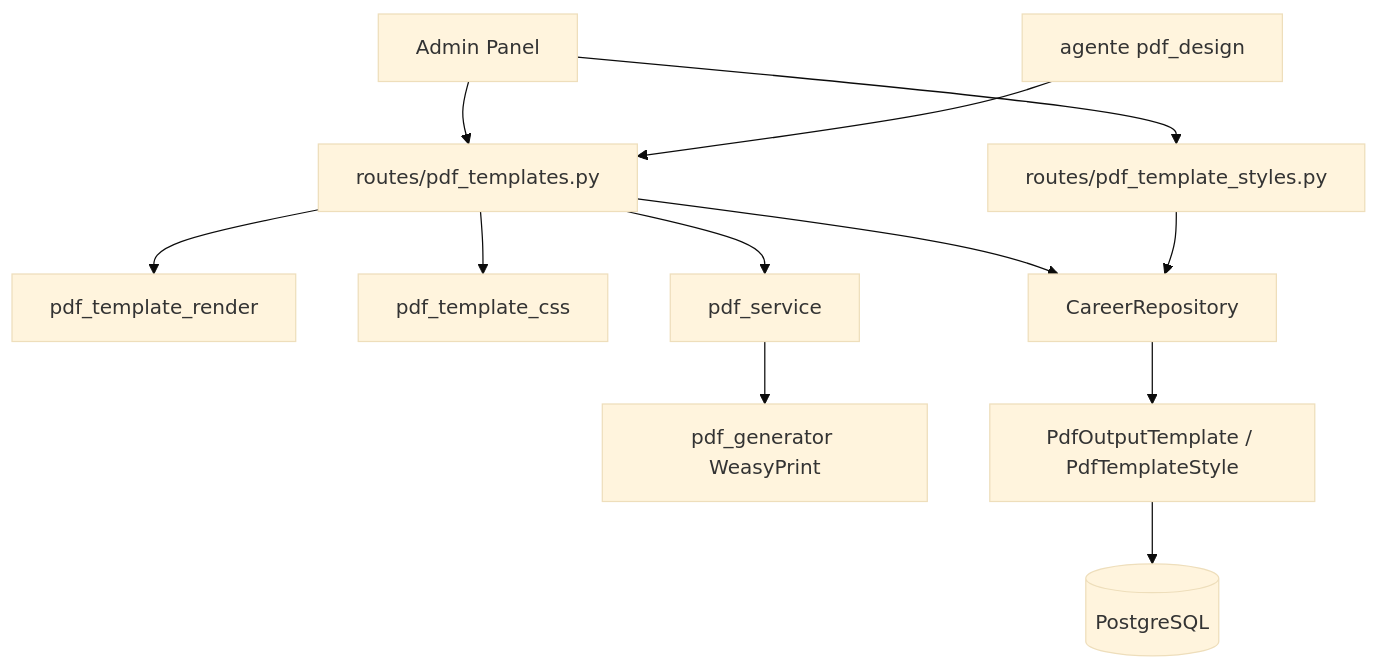
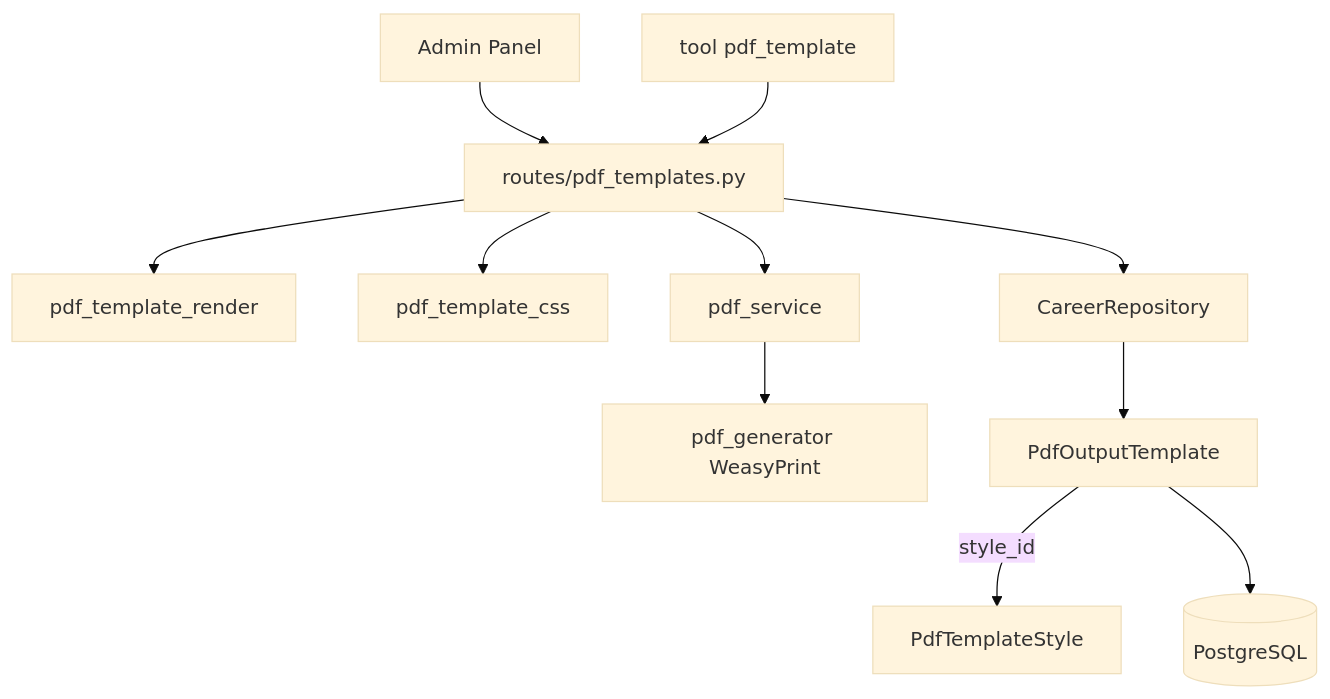
One commit to cjhirashi/cjhirashi-career changed the diagram in api/docs/sections/pdf-templates/README.md. Above: the diagram before and after it, drawn with Mermaid (base theme). The commit also changed other lines of this file and 16 other files, not shown here.

First line of the commit message:
feat: separar plantillas y estilos PDF en dos tools del agente

````diff
--- a/api/docs/sections/pdf-templates/README.md
+++ b/api/docs/sections/pdf-templates/README.md
@@ -11,14 +14,13 @@
 ```mermaid
 flowchart TB
     Admin[Admin Panel] --> Tpl[routes/pdf_templates.py]
-    Admin --> Styles[routes/pdf_template_styles.py]
+    Agent[tool pdf_template] --> Tpl
     Tpl --> Render[pdf_template_render]
     Tpl --> CSS[pdf_template_css]
     Tpl --> PDF[pdf_service]
     PDF --> Gen[pdf_generator WeasyPrint]
     Tpl --> Repo[CareerRepository]
-    Styles --> Repo
-    Repo --> Models[PdfOutputTemplate / PdfTemplateStyle]
-    Models --> PG[(PostgreSQL)]
-    Agent[agente pdf_design] --> Tpl
+    Repo --> Model[PdfOutputTemplate]
+    Model -->|style_id| Style[PdfTemplateStyle]
+    Model --> PG[(PostgreSQL)]
 ```
````
